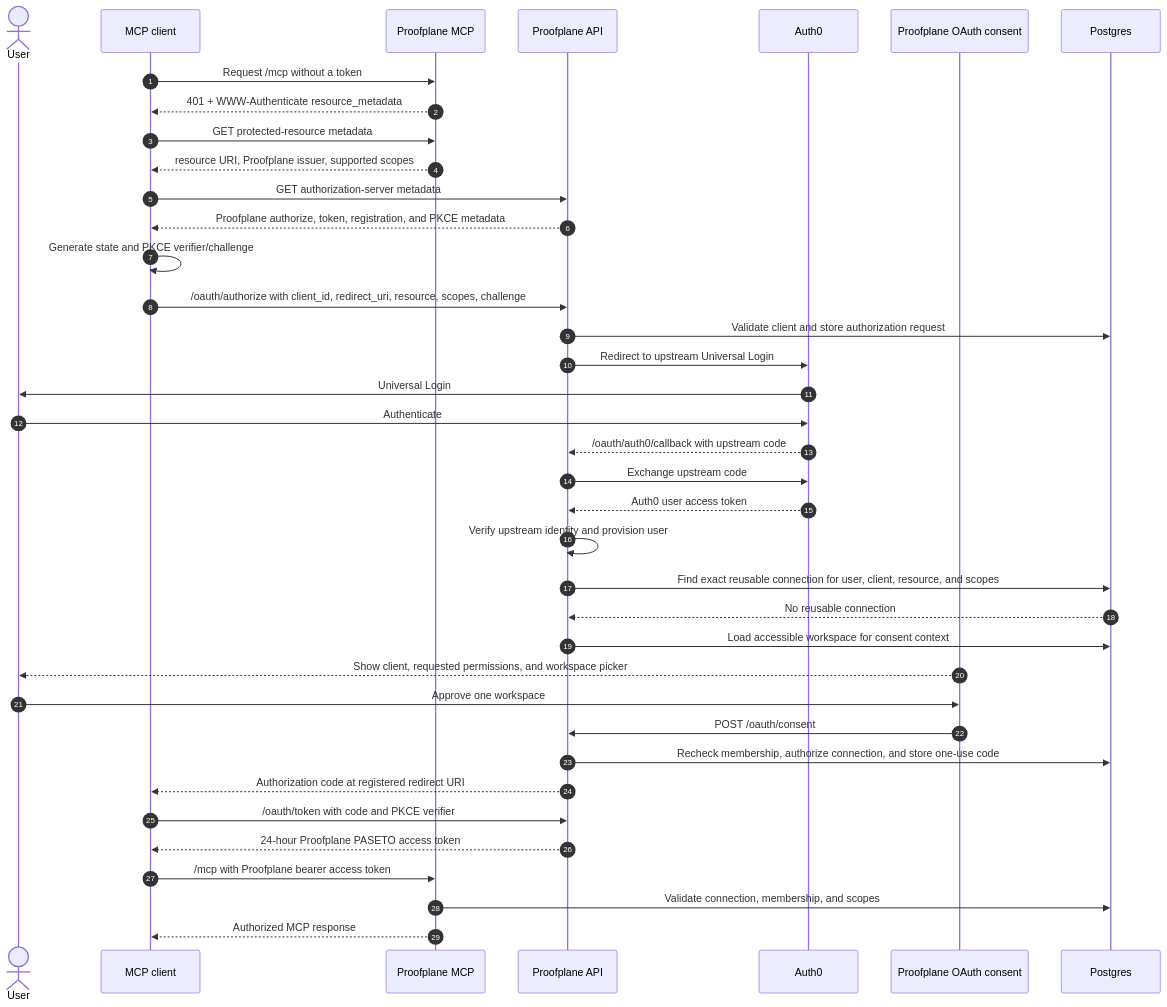
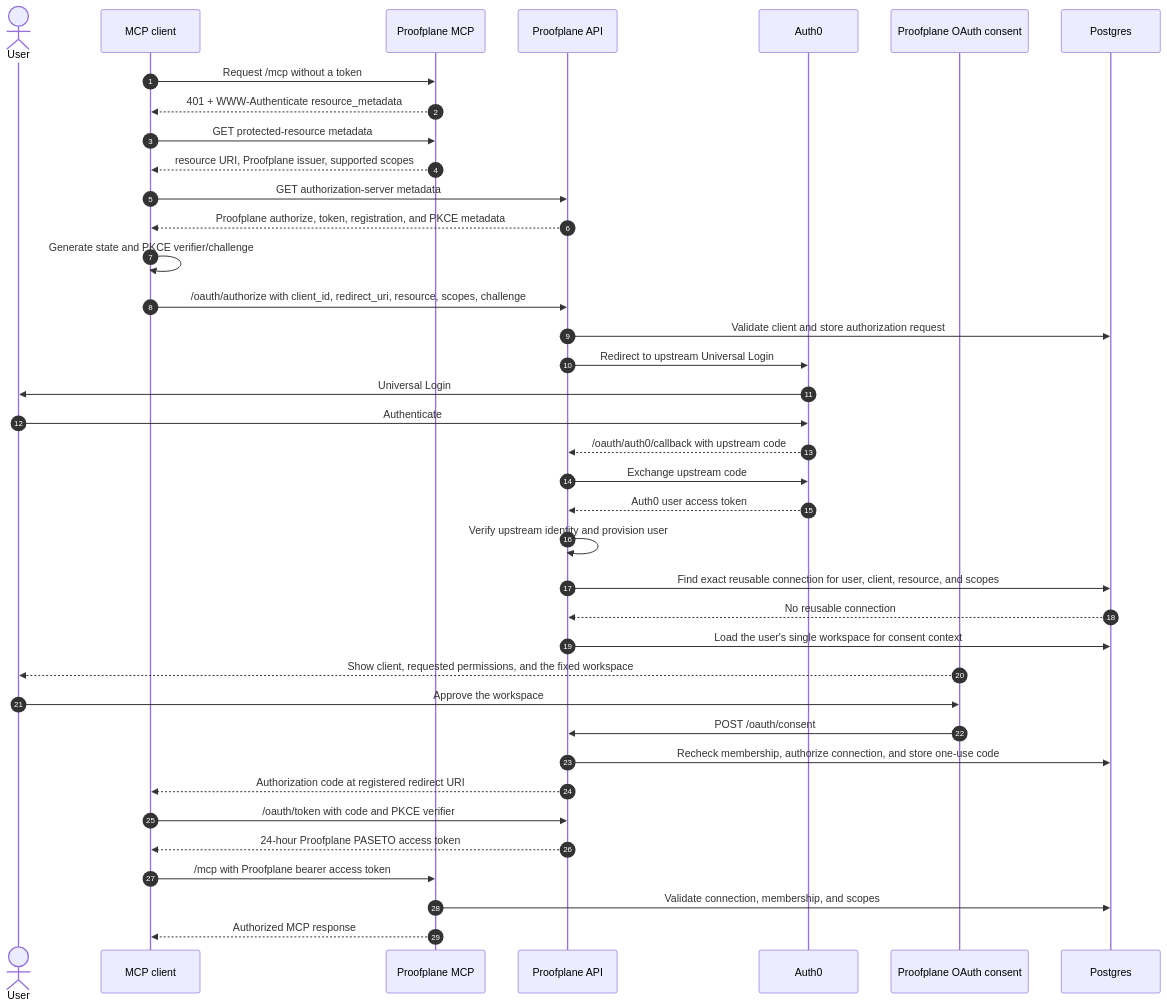
One commit to proofplane/proofplane changed the second of 4 diagrams in docs/epics/agent-connector-onboarding/spec.md. Above: the diagram before and after it, drawn with Mermaid. The commit also changed other lines of this file and 20 other files, not shown here.

````diff
--- a/docs/epics/agent-connector-onboarding/spec.md
+++ b/docs/epics/agent-connector-onboarding/spec.md
@@ -172,43 +207,43 @@
 ```mermaid
 sequenceDiagram
     autonumber
     actor U as User
     participant C as MCP client
     participant M as Proofplane MCP
     participant P as Proofplane API
     participant I as Auth0
     participant W as Proofplane OAuth consent
     participant D as Postgres
 
     C->>M: Request /mcp without a token
     M-->>C: 401 + WWW-Authenticate resource_metadata
     C->>M: GET protected-resource metadata
     M-->>C: resource URI, Proofplane issuer, supported scopes
     C->>P: GET authorization-server metadata
     P-->>C: Proofplane authorize, token, registration, and PKCE metadata
 
     C->>C: Generate state and PKCE verifier/challenge
     C->>P: /oauth/authorize with client_id, redirect_uri, resource, scopes, challenge
     P->>D: Validate client and store authorization request
     P->>I: Redirect to upstream Universal Login
     I->>U: Universal Login
     U->>I: Authenticate
     I-->>P: /oauth/auth0/callback with upstream code
     P->>I: Exchange upstream code
     I-->>P: Auth0 user access token
     P->>P: Verify upstream identity and provision user
     P->>D: Find exact reusable connection for user, client, resource, and scopes
     D-->>P: No reusable connection
-    P->>D: Load accessible workspace for consent context
-    W-->>U: Show client, requested permissions, and workspace picker
-    U->>W: Approve one workspace
+    P->>D: Load the user's single workspace for consent context
+    W-->>U: Show client, requested permissions, and the fixed workspace
+    U->>W: Approve the workspace
     W->>P: POST /oauth/consent
     P->>D: Recheck membership, authorize connection, and store one-use code
     P-->>C: Authorization code at registered redirect URI
     C->>P: /oauth/token with code and PKCE verifier
     P-->>C: 24-hour Proofplane PASETO access token
 
     C->>M: /mcp with Proofplane bearer access token
     M->>D: Validate connection, membership, and scopes
     M-->>C: Authorized MCP response
 ```
````
